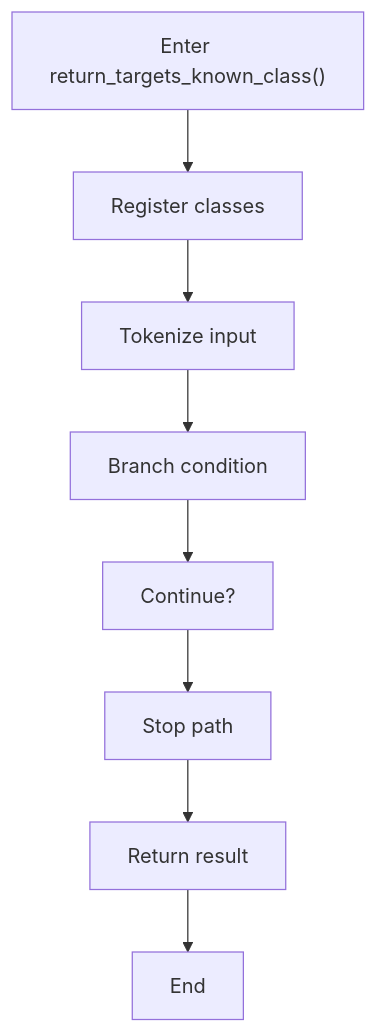
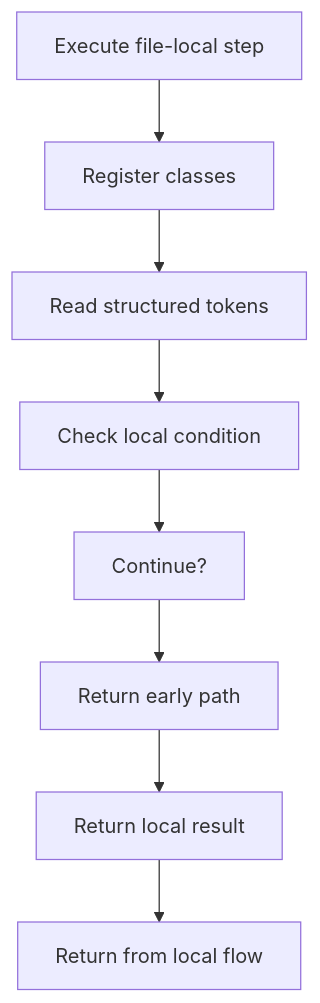
Before and after one commit to JohnAndrewBalbarosa/NeoTerritory: the eighth of 8 diagrams in docs/Codebase/Microservice/Modules/Source/Analysis/ImplementationUse/Resolution/Symbols/Query/Flow/symbols_queries_program_flow.cpp.md, drawn with Mermaid. The commit also changed other lines of this file and 915 other files, not shown here.

````diff
--- a/docs/Codebase/Microservice/Modules/Source/Analysis/ImplementationUse/Resolution/Symbols/Query/Flow/symbols_queries_program_flow.cpp.md
+++ b/docs/Codebase/Microservice/Modules/Source/Analysis/ImplementationUse/Resolution/Symbols/Query/Flow/symbols_queries_program_flow.cpp.md
@@ -197,18 +197,18 @@
 ```mermaid
 flowchart TD
-    N0["Enter return_targets_known_class()"]
+    N0["Execute file-local step"]
     N1["Register classes"]
-    N2["Tokenize input"]
-    N3["Branch condition"]
+    N2["Read structured tokens"]
+    N3["Check local condition"]
     N4["Continue?"]
-    N5["Stop path"]
-    N6["Return result"]
-    N7["End"]
+    N5["Return early path"]
+    N6["Return local result"]
+    N7["Return from local flow"]
     N0 --> N1
     N1 --> N2
     N2 --> N3
     N3 --> N4
     N4 --> N5
     N5 --> N6
     N6 --> N7
 ```
````
